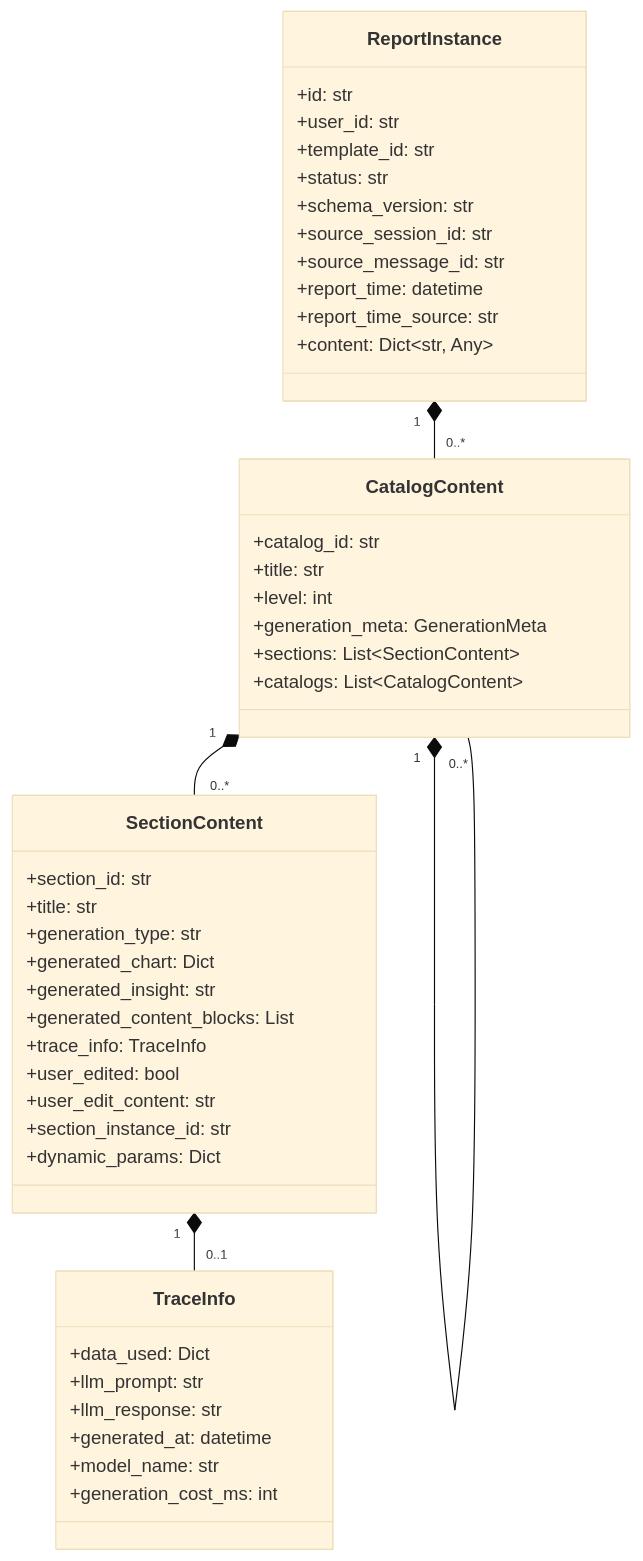
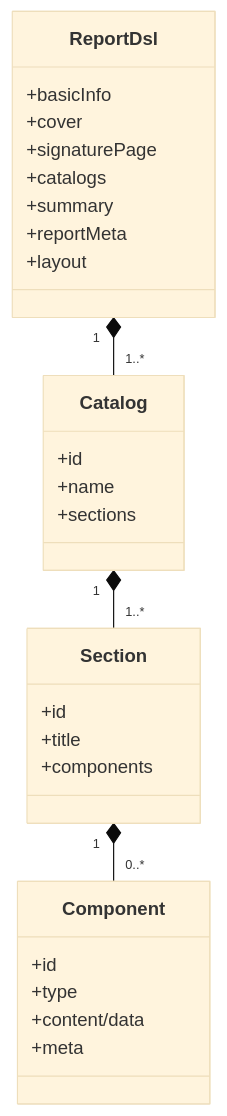
Before and after one commit to shel447/ReportSystem: the diagram in design/design_instance.md, drawn with Mermaid (base theme). The commit also changed other lines of this file and 21 other files, not shown here.

First line of the commit message:
refresh report dsl and chatbi design docs

````diff
--- a/design/design_instance.md
+++ b/design/design_instance.md
@@ -107,52 +119,35 @@
 ```mermaid
 classDiagram
-class ReportInstance {
-        +id: str
-        +user_id: str
-        +template_id: str
-        +status: str
-        +schema_version: str
-        +source_session_id: str
-        +source_message_id: str
-        +report_time: datetime
-        +report_time_source: str
-        +content: Dict~str, Any~
+    class ReportDsl {
+        +basicInfo
+        +cover
+        +signaturePage
+        +catalogs
+        +summary
+        +reportMeta
+        +layout
     }
-    
-    class CatalogContent {
-        +catalog_id: str
-        +title: str
-        +level: int
-        +generation_meta: GenerationMeta
-        +sections: List~SectionContent~
-        +catalogs: List~CatalogContent~
+
+    class Catalog {
+        +id
+        +name
+        +sections
     }
-    
-    class SectionContent {
-        +section_id: str
-        +title: str
-        +generation_type: str
-        +generated_chart: Dict
-        +generated_insight: str
-        +generated_content_blocks: List
-        +trace_info: TraceInfo
-        +user_edited: bool
-        +user_edit_content: str
-        +section_instance_id: str
-        +dynamic_params: Dict
+
+    class Section {
+        +id
+        +title
+        +components
     }
-    
-    class TraceInfo {
-        +data_used: Dict
-        +llm_prompt: str
-        +llm_response: str
-        +generated_at: datetime
-        +model_name: str
-        +generation_cost_ms: int
+
+    class Component {
+        +id
+        +type
+        +content/data
+        +meta
     }
-    
-    ReportInstance "1" *-- "0..*" CatalogContent
-    CatalogContent "1" *-- "0..*" SectionContent
-    CatalogContent "1" *-- "0..*" CatalogContent
-    SectionContent "1" *-- "0..1" TraceInfo
+
+    ReportDsl "1" *-- "1..*" Catalog
+    Catalog "1" *-- "1..*" Section
+    Section "1" *-- "0..*" Component
 ```
````
